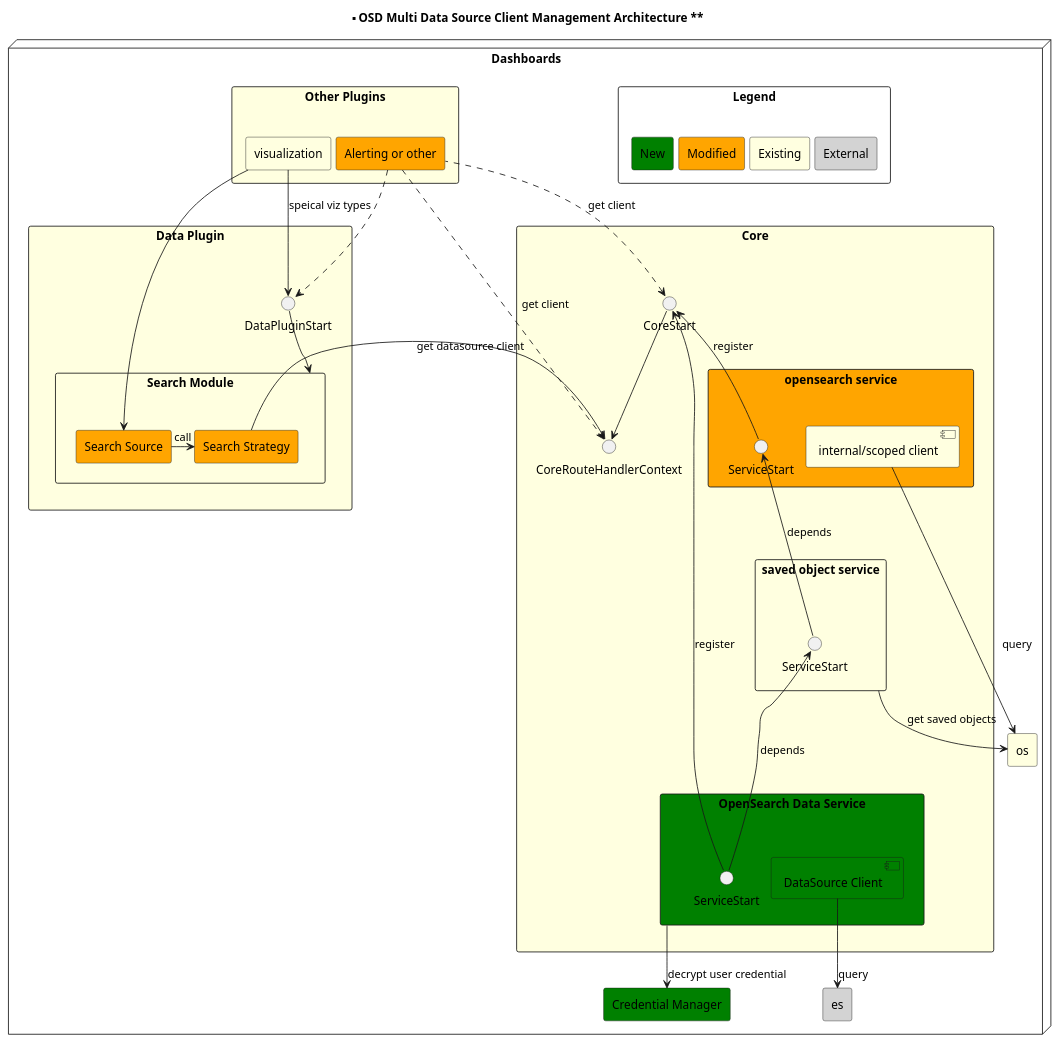
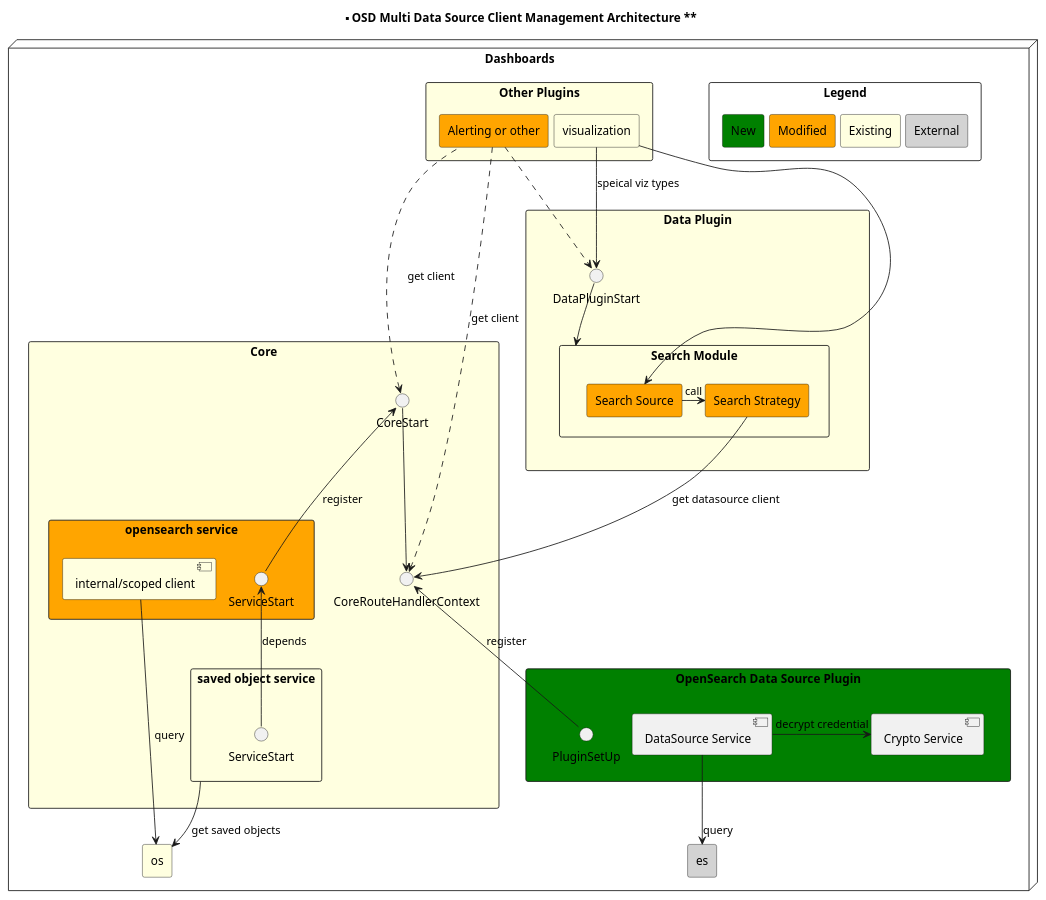
The diagram in docs/multi-datasource/resources/client_management_architecture.puml (opensearch-project/OpenSearch-Dashboards), drawn with PlantUML before and after one commit. The commit also changed 4 other files, not shown here.

```diff
--- a/docs/multi-datasource/resources/client_management_architecture.puml
+++ b/docs/multi-datasource/resources/client_management_architecture.puml
@@ -1,126 +1,117 @@
 @startuml
 hide stereotype
 skinparam nodesep 6
 skinparam ranksep 10
 
 skinparam component {
 backgroundColor<<new>> Green
 backgroundColor<<modify>> Orange
 backgroundColor<<existing>> LightYellow
 backgroundColor<<external>> LightGrey
 backgroundColor<<AOS>> Khaki
 backgroundColor<<Data>> Grey
 backgroundColor<<CS>> LightGrey
 }
 skinparam rectangle {
 backgroundColor<<new>> Green
 backgroundColor<<modify>> Orange
 backgroundColor<<existing>> LightYellow
 backgroundColor<<external>> LightGrey
 backgroundColor<<AOS>> Khaki
 backgroundColor<<Data>> Grey
 backgroundColor<<CS>> LightGrey
 }
 skinparam node {
 backgroundColor<<new>> Green
 backgroundColor<<modify>> Orange
 backgroundColor<<existing>> LightYellow
 backgroundColor<<external>> LightGrey
 backgroundColor<<AOS>> Khaki
 backgroundColor<<Data>> Grey
 backgroundColor<<CS>> LightGrey
 }
 
 title ** OSD Multi Data Source Client Management Architecture **
 
 node "Dashboards" as cluster {
 rectangle "Legend" {
     rectangle "New" as new <<new>>
     rectangle "Modified" as modify <<modify>>
     rectangle "Existing" as existing <<existing>>
     rectangle "External" as external <<external>>
     new -[hidden]right- modify
     modify -[hidden]right- existing
     existing -[hidden]right- external    
 }
 
   rectangle "Other Plugins" <<existing>> {
     rectangle "visualization" as viz <<existing>> {
       
     }
     rectangle "Alerting or other" as a <<modify>> {
       
     }
   }
-  rectangle "Data Plugin" <<Existing>> {
+  rectangle "Data Plugin" <<Existing>> as dp {
     rectangle "Search Module" as sm <<existing>> {
       rectangle "Search Source" <<modify>> as source {
 
       }
       rectangle "Search Strategy" as strategy <<modify>> {
 
       }
       
     }
     interface "DataPluginStart" as dps
   }
 
+  rectangle "OpenSearch Data Source Plugin" as ods <<new>> {
+        component "DataSource Service" as ds
+        interface "PluginSetUp" as dsps
+        component "Crypto Service" as cs
+      }
+
   rectangle "Core" <<existing>> as core {
-       rectangle "OpenSearch Data Service" as ods <<new>> {
-        component "DataSource Client" as dc <<new>>
-        interface "ServiceStart" as odsss
-      }
+       
       rectangle "opensearch service" as os_service <<modify>> {
-
         component "internal/scoped client" as ic <<existing>>
         interface "ServiceStart" as osss
 
       }
       interface "CoreStart" as core_start
       rectangle "saved object service" as sos <<existing>> {
         interface "ServiceStart" as soss
       }
      
       interface "CoreRouteHandlerContext" as cc <<modify>>
       
 
   }
 
-  rectangle "Credential Manager" <<new>> as cm {
-
-  }
-
-  ods --> cm: decrypt user credential
-  dc --> es: query
-  ' os_service -[hidden]- cc
+  ds --> es: query
   source -> strategy: call
   strategy --> cc: get datasource client 
   viz --> dps: speical viz types
   viz --> source
   dps --> sm
   sos --> os: get saved objects
-  ' d --> sos: get datasource
   core_start --> cc
   core_start <.. a: get client
   a ..> dps
   a ...> cc: get client
   core_start <-- osss: register
   osss <-- soss: depends
-  soss <--- odsss: depends
-  ' soss <--> core_start
-  ' d ---> es: query
   ic --> os: query
-  odsss --> core_start: register
- 
-
-
+  ds -> cs: decrypt credential
+  dsps ---> cc: register
+  dp --[hidden]-- ods
 
   rectangle "Default OpenSearch" <<existing>> as os {
   }
   rectangle "Datasource(OpenSearch)" <<external>> as es {
 
   }
 }
 
 
 @enduml
```
